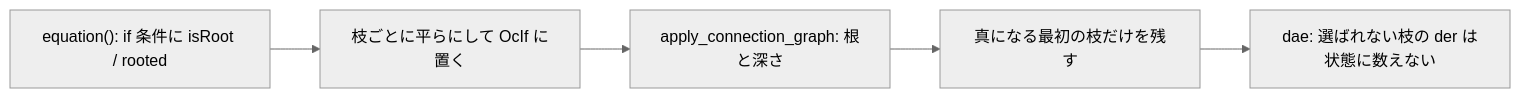
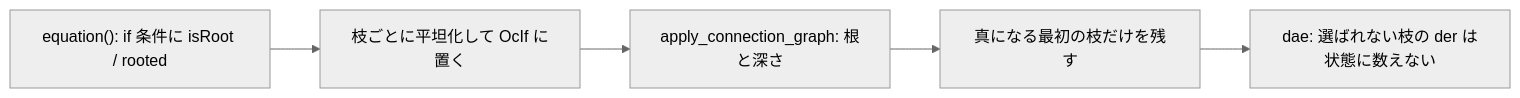
The diagram in doc/sessions/S333-connections-isroot/解説書.md (asari300/20261018_GlobeMode), drawn with Mermaid (neutral theme) before and after one commit. The commit also changed other lines of this file and 116 other files, not shown here.

````diff
--- a/doc/sessions/S333-connections-isroot/解説書.md
+++ b/doc/sessions/S333-connections-isroot/解説書.md
@@ -29,7 +29,7 @@
 ```mermaid
 flowchart LR
-  E["equation(): if 条件に isRoot / rooted"] --> D["枝ごとに平らにして OcIf に置く"]
+  E["equation(): if 条件に isRoot / rooted"] --> D["枝ごとに平坦化して OcIf に置く"]
   D --> G["apply_connection_graph: 根と深さ"]
   G --> S["真になる最初の枝だけを残す"]
   S --> DAE["dae: 選ばれない枝の der は状態に数えない"]
 ```
````
